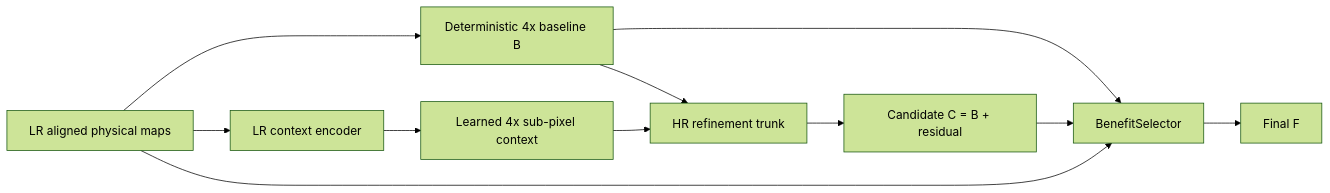
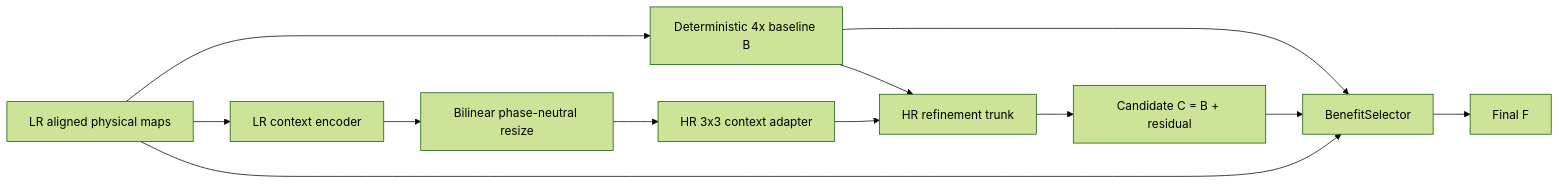
One commit to JamieShelley/trinity changed the diagram in tools/nsamdr/README.md. Above: the diagram before and after it, drawn with Mermaid (forest theme). The commit also changed other lines of this file, not shown here.

Commit message:
Document V14.1 phase-neutral SR architecture

````diff
--- a/tools/nsamdr/README.md
+++ b/tools/nsamdr/README.md
@@ -80,13 +83,14 @@
 ```mermaid
 flowchart LR
     LR[LR aligned physical maps] --> B[Deterministic 4x baseline B]
     LR --> ENC[LR context encoder]
-    ENC --> PS[Learned 4x sub-pixel context]
+    ENC --> RESIZE[Bilinear phase-neutral resize]
+    RESIZE --> ADAPT[HR 3x3 context adapter]
     B --> HR[HR refinement trunk]
-    PS --> HR
+    ADAPT --> HR
     HR --> C[Candidate C = B + residual]
     B --> SEL[BenefitSelector]
     C --> SEL
     LR --> SEL
     SEL --> F[Final F]
 ```
````
